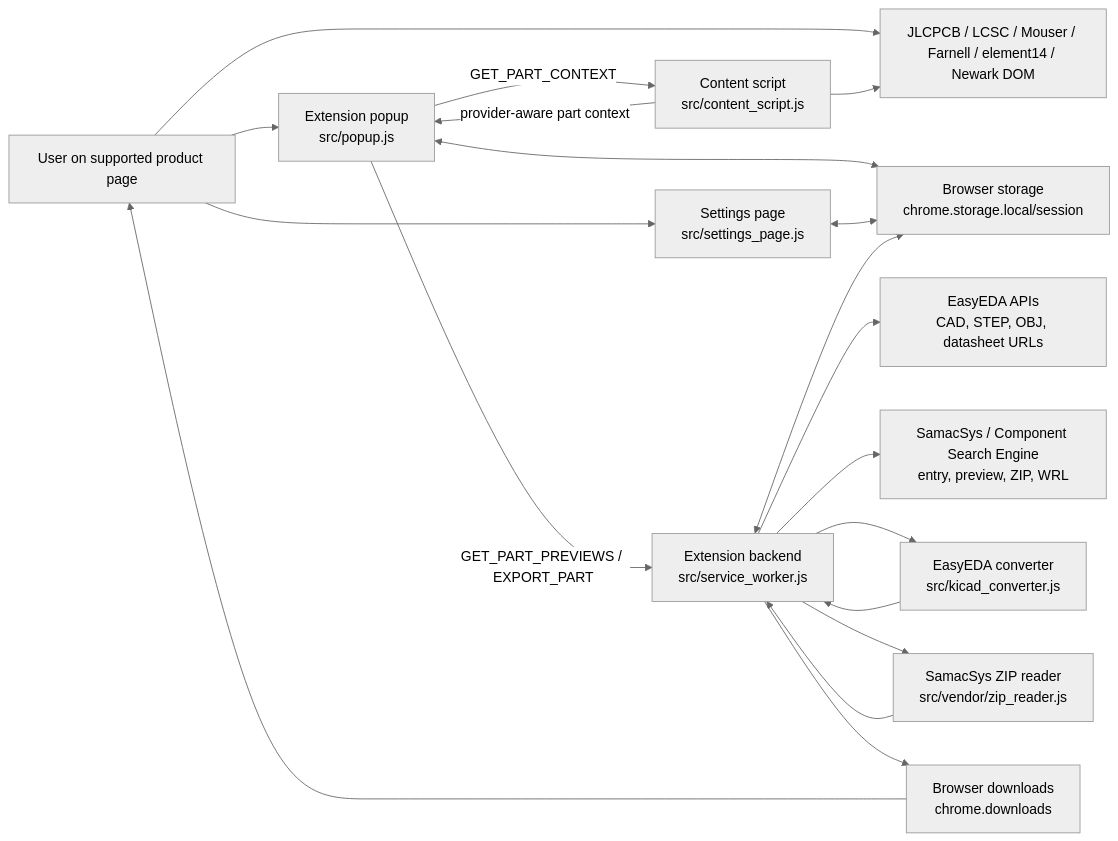
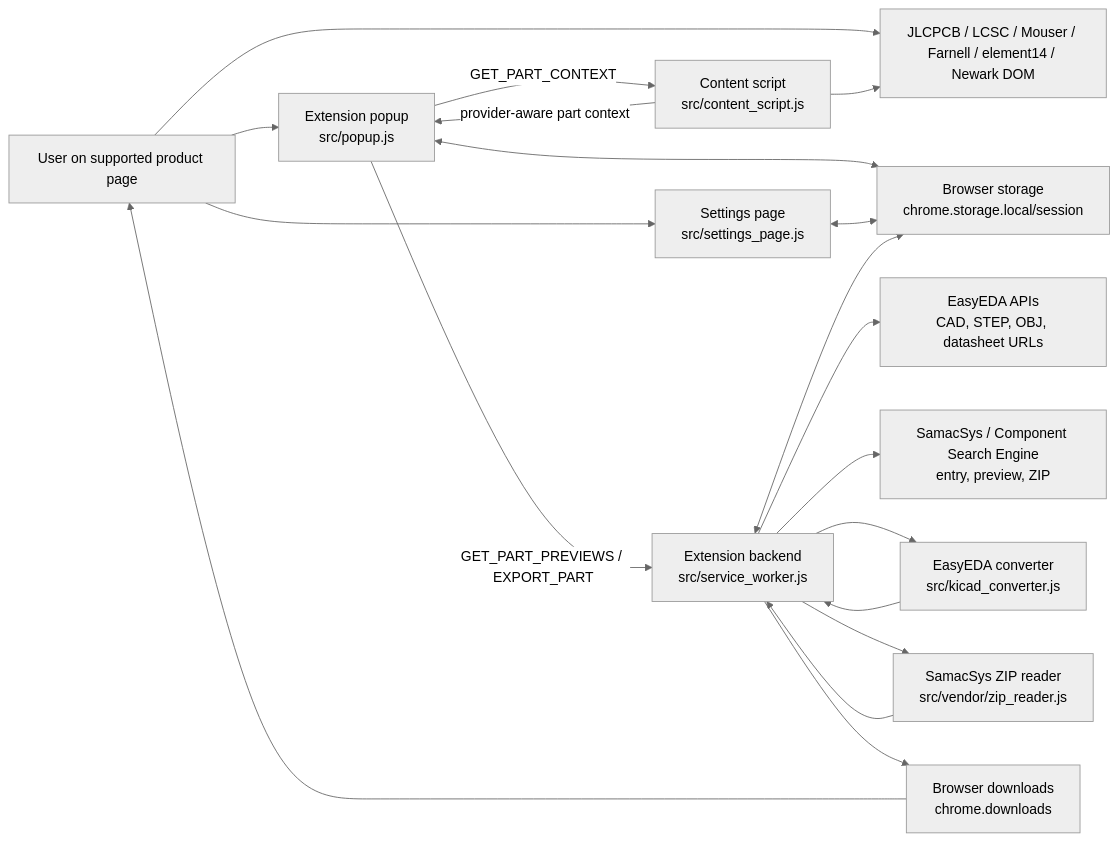
Before and after one commit to JoeShade/Easy-ECAD-Downloader: the diagram in systemDesign.md, drawn with Mermaid (neutral theme). The commit also changed other lines of this file and 15 other files, not shown here.

````diff
--- a/systemDesign.md
+++ b/systemDesign.md
@@ -65,34 +67,34 @@
 ```mermaid
 flowchart LR
     user["User on supported product page"]
     productPage["JLCPCB / LCSC / Mouser / Farnell / element14 / Newark DOM"]
     contentScript["Content script\nsrc/content_script.js"]
     popup["Extension popup\nsrc/popup.js"]
     settingsPage["Settings page\nsrc/settings_page.js"]
     storage["Browser storage\nchrome.storage.local/session"]
     serviceWorker["Extension backend\nsrc/service_worker.js"]
     converter["EasyEDA converter\nsrc/kicad_converter.js"]
     zipReader["SamacSys ZIP reader\nsrc/vendor/zip_reader.js"]
     downloads["Browser downloads\nchrome.downloads"]
     easyeda["EasyEDA APIs\nCAD, STEP, OBJ, datasheet URLs"]
-    samacsys["SamacSys / Component Search Engine\nentry, preview, ZIP, WRL"]
+    samacsys["SamacSys / Component Search Engine\nentry, preview, ZIP"]
 
     user --> productPage
     user --> popup
     user --> settingsPage
     popup -- "GET_PART_CONTEXT" --> contentScript
     contentScript --> productPage
     contentScript -- "provider-aware part context" --> popup
     popup <--> storage
     settingsPage <--> storage
     popup -- "GET_PART_PREVIEWS / EXPORT_PART" --> serviceWorker
     serviceWorker <--> storage
     serviceWorker --> easyeda
     serviceWorker --> samacsys
     serviceWorker --> converter
     serviceWorker --> zipReader
     converter --> serviceWorker
     zipReader --> serviceWorker
     serviceWorker --> downloads
     downloads --> user
 ```
````
